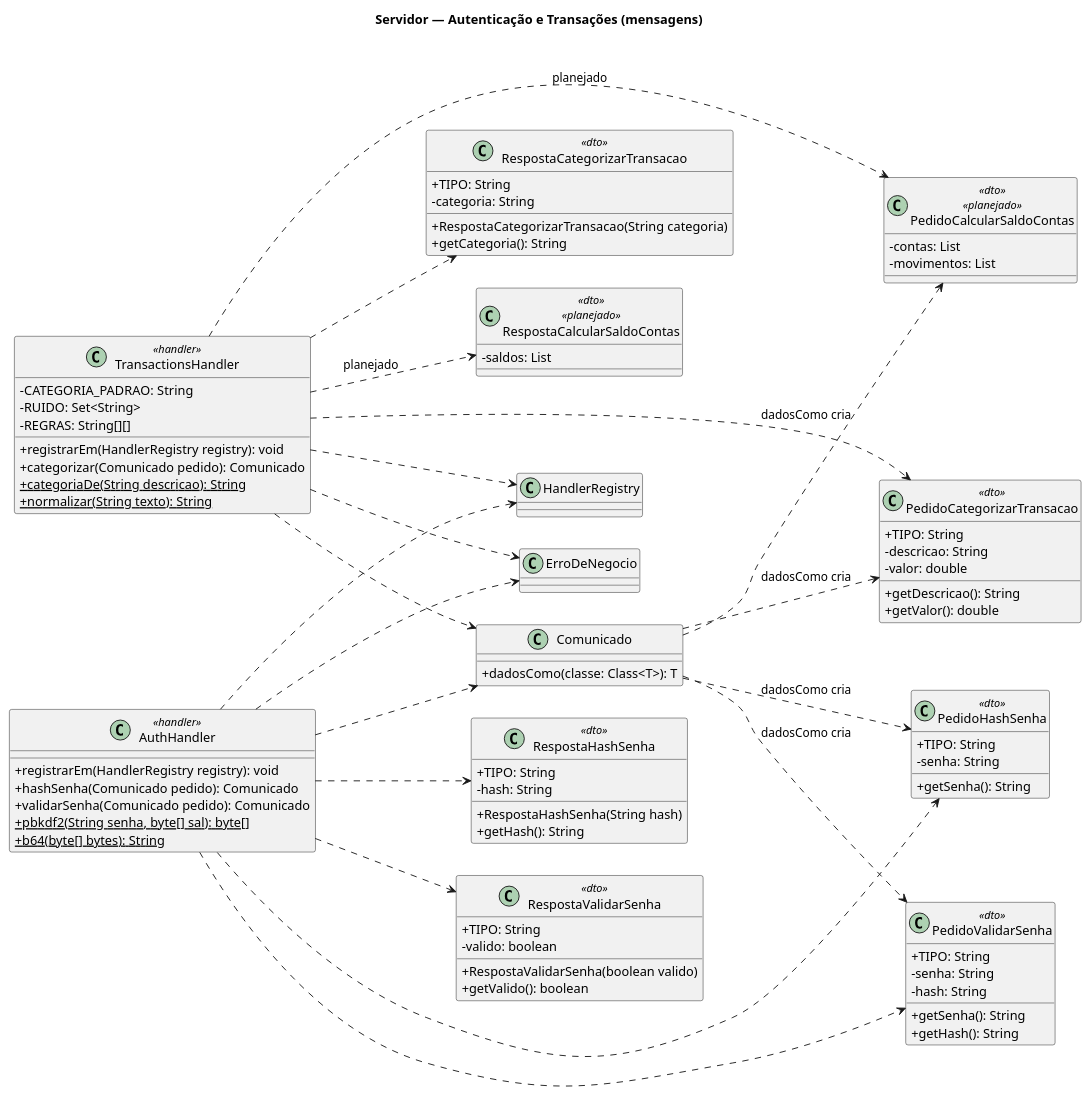
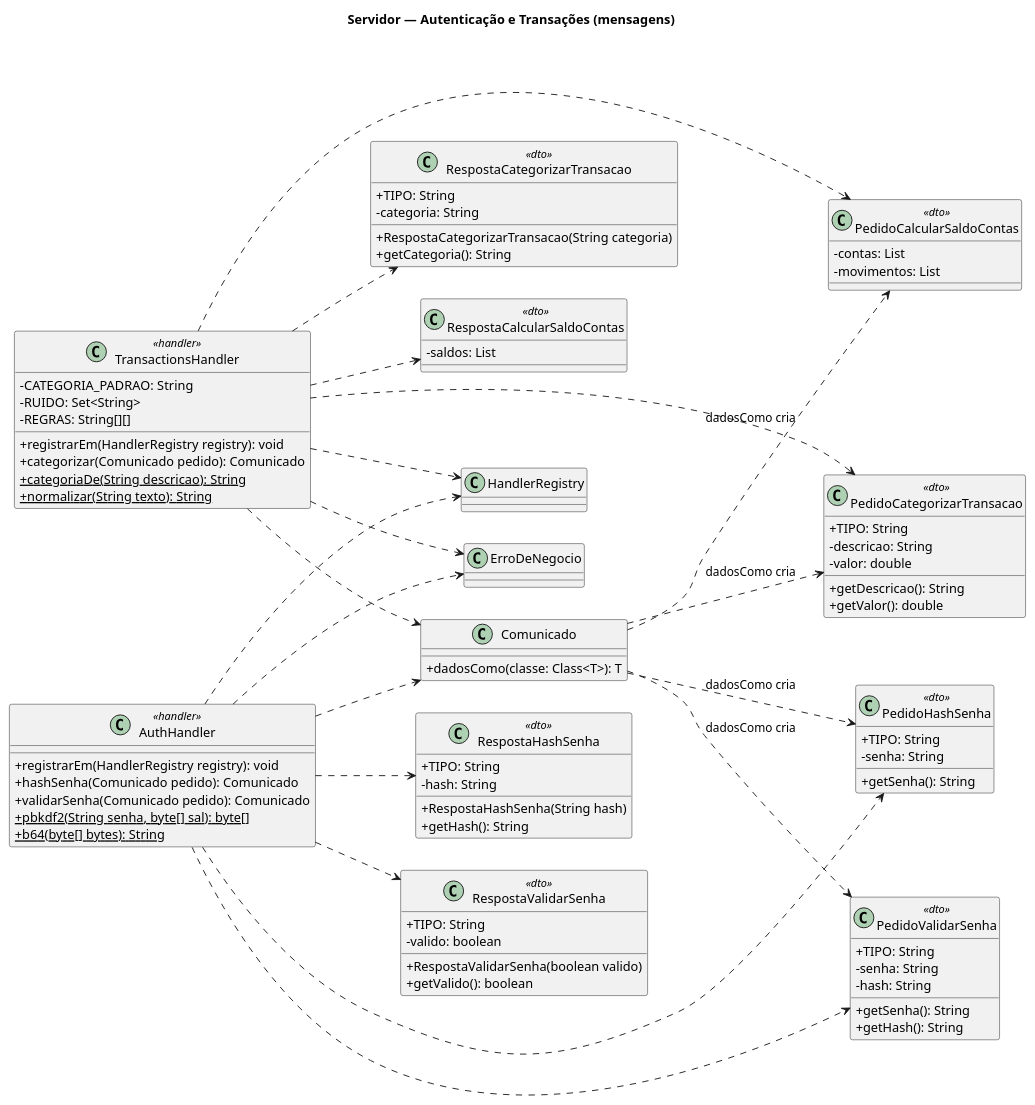
Before and after one commit to MiguelFMont/ES-PI4-2026-T1-G18: the sixth of 12 diagrams in docs/uml/04-diagrama-de-classes-servidor.md, drawn with PlantUML. The commit also changed other lines of this file and 27 other files, not shown here.

Commit message:
docs: UML só do Servidor (remove diagramas de classes do Backend e do Frontend e as marcas de planejado)

```diff
--- a/docs/uml/04-diagrama-de-classes-servidor.md
+++ b/docs/uml/04-diagrama-de-classes-servidor.md
@@ -586,11 +581,11 @@
   +RespostaCategorizarTransacao(String categoria)
   +getCategoria(): String
 }
-class PedidoCalcularSaldoContas <<dto>> <<planejado>> {
+class PedidoCalcularSaldoContas <<dto>> {
   -contas: List
   -movimentos: List
 }
-class RespostaCalcularSaldoContas <<dto>> <<planejado>> {
+class RespostaCalcularSaldoContas <<dto>> {
   -saldos: List
 }
 class Comunicado {
@@ -611,8 +606,8 @@
 TransactionsHandler ..> ErroDeNegocio
 TransactionsHandler ..> PedidoCategorizarTransacao
 TransactionsHandler ..> RespostaCategorizarTransacao
-TransactionsHandler ..> PedidoCalcularSaldoContas : planejado
-TransactionsHandler ..> RespostaCalcularSaldoContas : planejado
+TransactionsHandler ..> PedidoCalcularSaldoContas
+TransactionsHandler ..> RespostaCalcularSaldoContas
 Comunicado ..> PedidoHashSenha : dadosComo cria
 Comunicado ..> PedidoValidarSenha : dadosComo cria
 Comunicado ..> PedidoCategorizarTransacao : dadosComo cria
```
